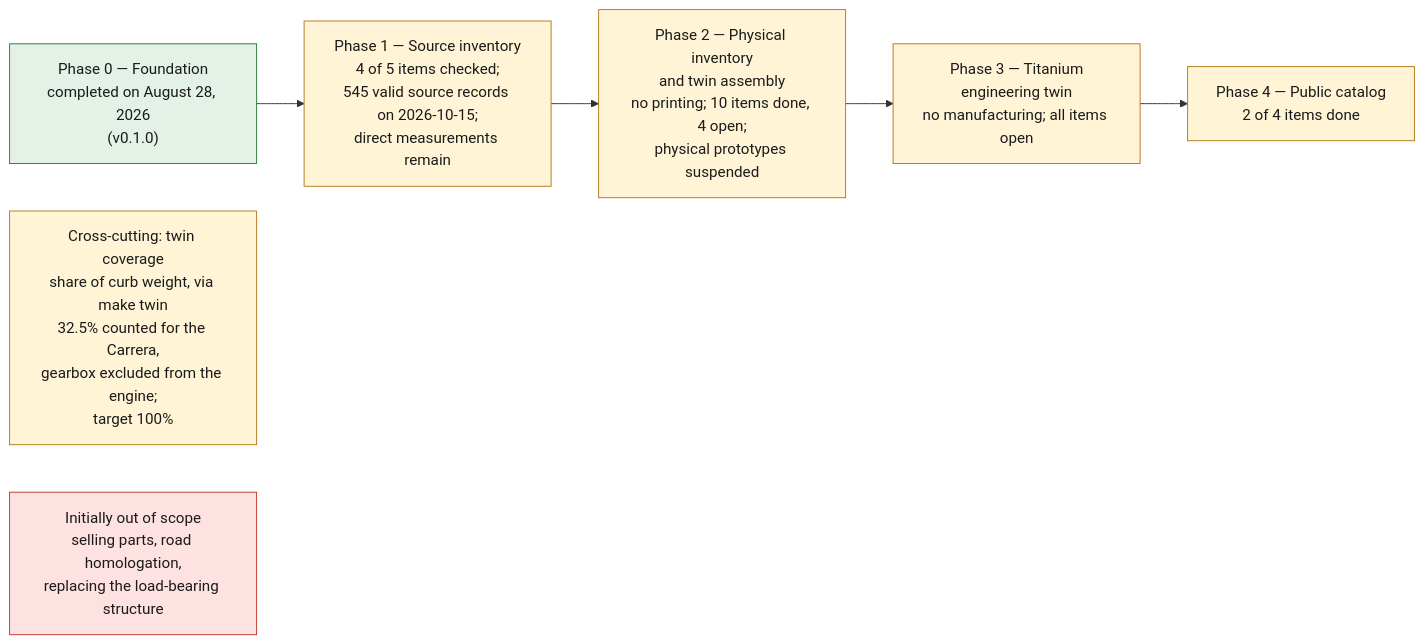
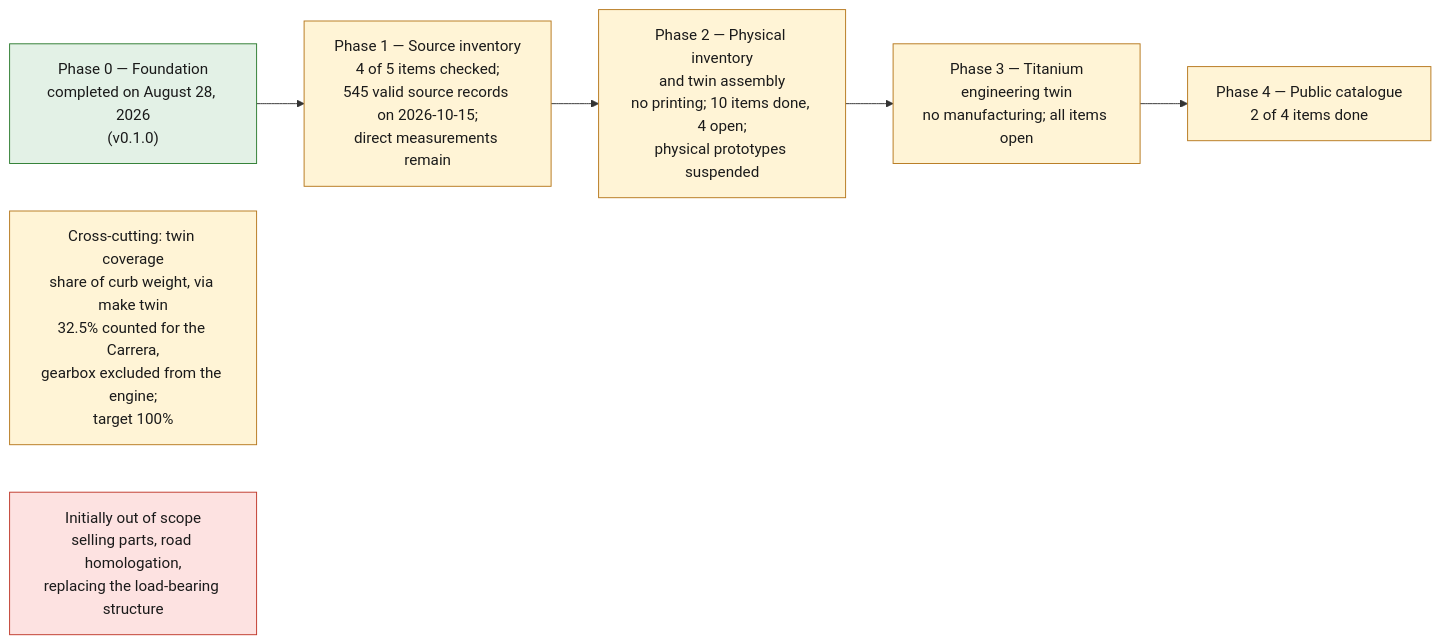
One commit to cluster2600/porscheparts changed the diagram in docs/ROADMAP.md. Above: the diagram before and after it, drawn with Mermaid. The commit also changed other lines of this file and 570 other files, not shown here.

````diff
--- a/docs/ROADMAP.md
+++ b/docs/ROADMAP.md
@@ -5,14 +5,14 @@
 ```mermaid
 flowchart LR
     P0["Phase 0 — Foundation<br/>completed on August 28, 2026<br/>(v0.1.0)"]:::ok
     P1["Phase 1 — Source inventory<br/>4 of 5 items checked;<br/>545 valid source records on 2026-10-15;<br/>direct measurements remain"]:::open
     P2["Phase 2 — Physical inventory<br/>and twin assembly<br/>no printing; 10 items done, 4 open;<br/>physical prototypes suspended"]:::open
     P3["Phase 3 — Titanium<br/>engineering twin<br/>no manufacturing; all items open"]:::open
-    P4["Phase 4 — Public catalog<br/>2 of 4 items done"]:::open
+    P4["Phase 4 — Public catalogue<br/>2 of 4 items done"]:::open
     P0 --> P1 --> P2 --> P3 --> P4
     COV["Cross-cutting: twin coverage<br/>share of curb weight, via make twin<br/>32.5% counted for the Carrera,<br/>gearbox excluded from the engine;<br/>target 100%"]:::open
     OUT["Initially out of scope<br/>selling parts, road homologation,<br/>replacing the load-bearing structure"]:::stop
     classDef stop fill:#fde2e1,stroke:#c0392b,color:#1a1a1a;
     classDef ok fill:#e3f1e6,stroke:#2e7d32,color:#1a1a1a;
     classDef open fill:#fff4d6,stroke:#b7791f,color:#1a1a1a;
 ```
````
